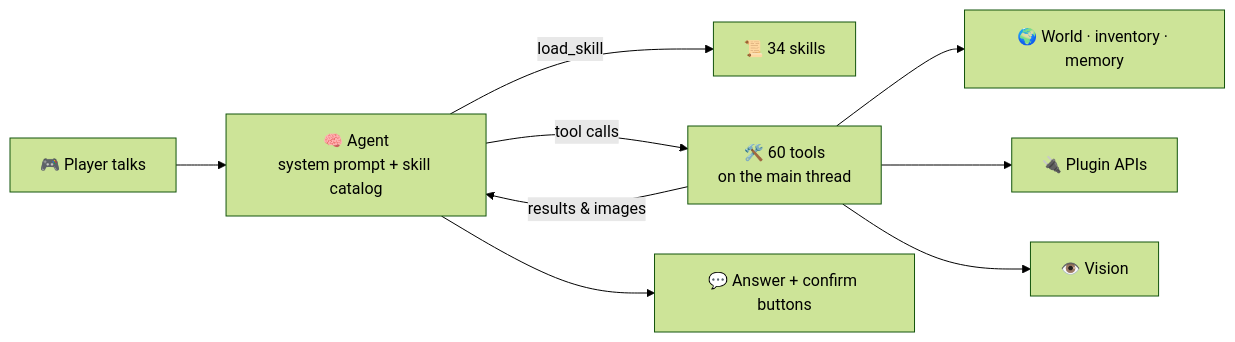
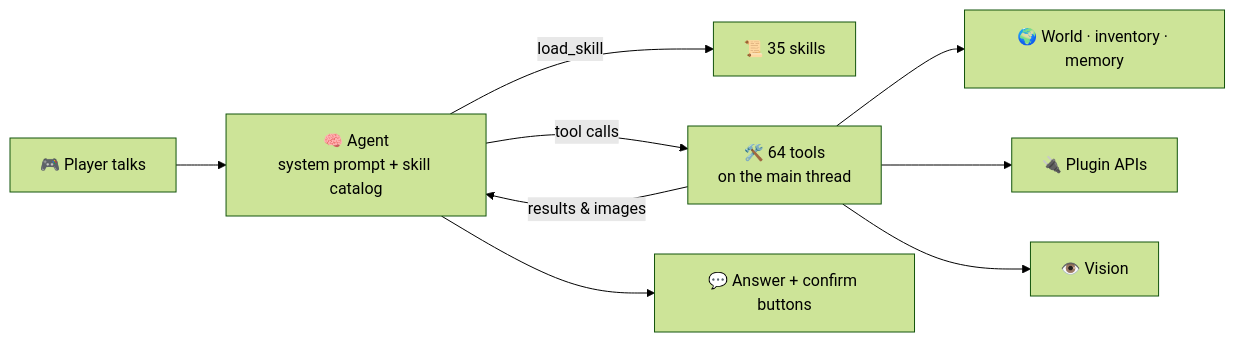
Before and after one commit to obsidianplusplus/PandaGPT: the diagram in README.en.md, drawn with Mermaid (forest theme). The commit also changed other lines of this file and 41 other files, not shown here.

````diff
--- a/README.en.md
+++ b/README.en.md
@@ -189,11 +190,11 @@
 ```mermaid
 flowchart LR
     P["🎮 Player talks"] --> A["🧠 Agent<br/>system prompt + skill catalog"]
-    A -->|load_skill| S["📜 34 skills"]
-    A -->|tool calls| T["🛠️ 60 tools<br/>on the main thread"]
+    A -->|load_skill| S["📜 35 skills"]
+    A -->|tool calls| T["🛠️ 64 tools<br/>on the main thread"]
     T --> W["🌍 World · inventory · memory"]
     T --> I["🔌 Plugin APIs"]
     T --> V["👁️ Vision"]
     T -->|results & images| A
     A --> R["💬 Answer + confirm buttons"]
 ```
````
